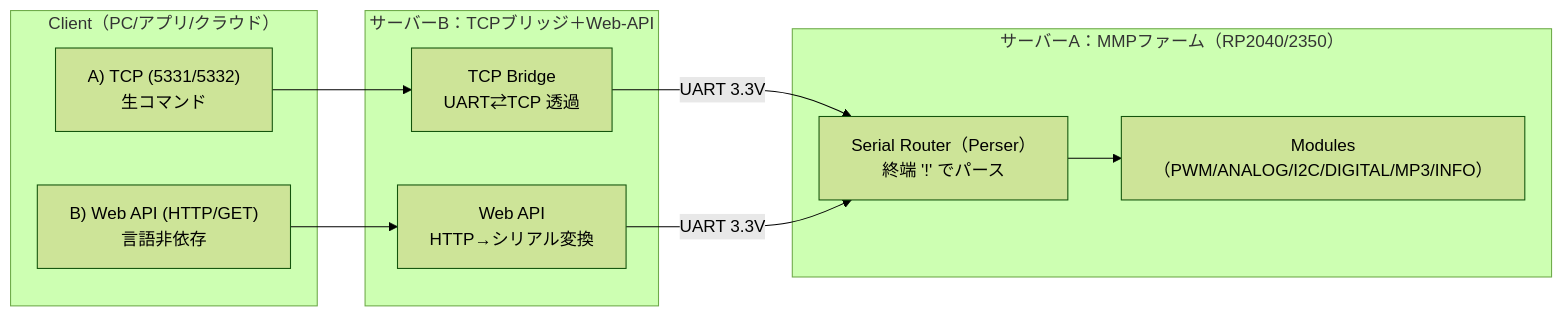
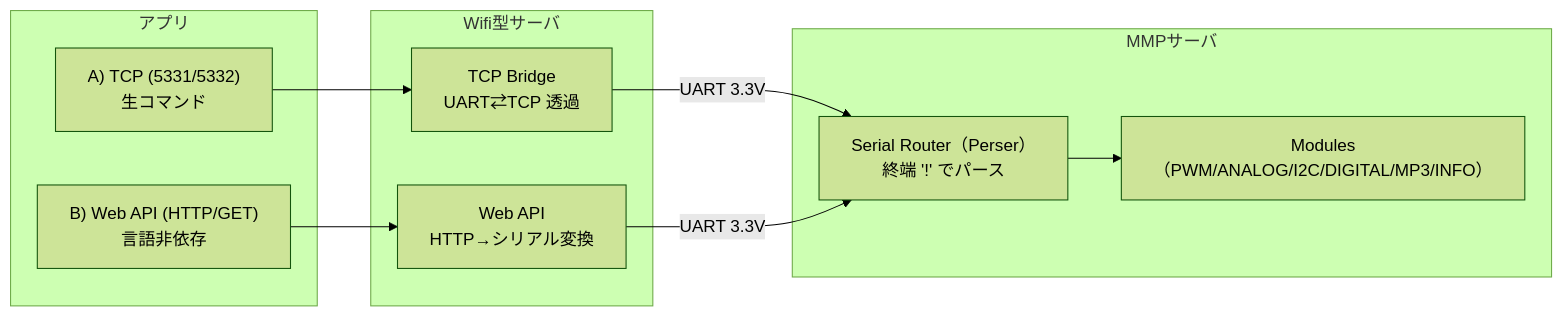
The diagram in ファームウェア/ファームウェア/README.md (kureha001/MMP), drawn with Mermaid (forest theme) before and after one commit.

Commit message:
微修正

````diff
--- a/ファームウェア/ファームウェア/README.md
+++ b/ファームウェア/ファームウェア/README.md
@@ -22,28 +22,28 @@
 ```mermaid
 flowchart LR
-  subgraph Client["Client（PC/アプリ/クラウド）"]
+  subgraph Client["アプリ"]
     A1["A) TCP (5331/5332)
 生コマンド"] 
     A2["B) Web API (HTTP/GET)
 言語非依存"]
   end
 
-  subgraph Bridge["サーバーB：TCPブリッジ＋Web-API"]
+  subgraph Bridge["Wifi型サーバ"]
     B1["TCP Bridge
 UART⇄TCP 透過"]
     B2["Web API
 HTTP→シリアル変換"]
   end
 
-  subgraph Firmware["サーバーA：MMPファーム（RP2040/2350）"]
+  subgraph Firmware["MMPサーバ"]
     R["Serial Router（Perser）
 終端 '!' でパース"]
     M["Modules（PWM/ANALOG/I2C/DIGITAL/MP3/INFO）"]
   end
 
   A1 --> B1
   A2 --> B2
   B1 -->|UART 3.3V| R
   B2 -->|UART 3.3V| R
   R --> M
 ```
````
